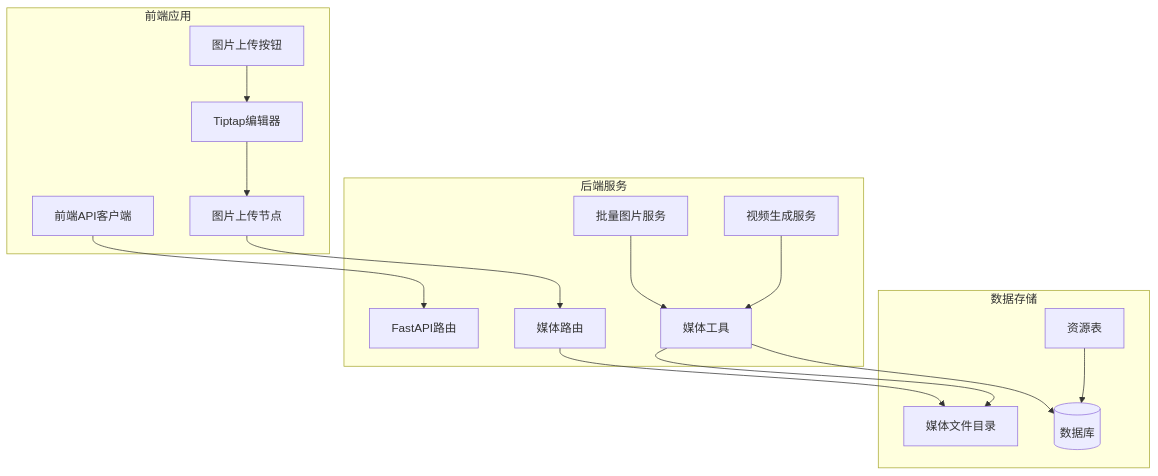
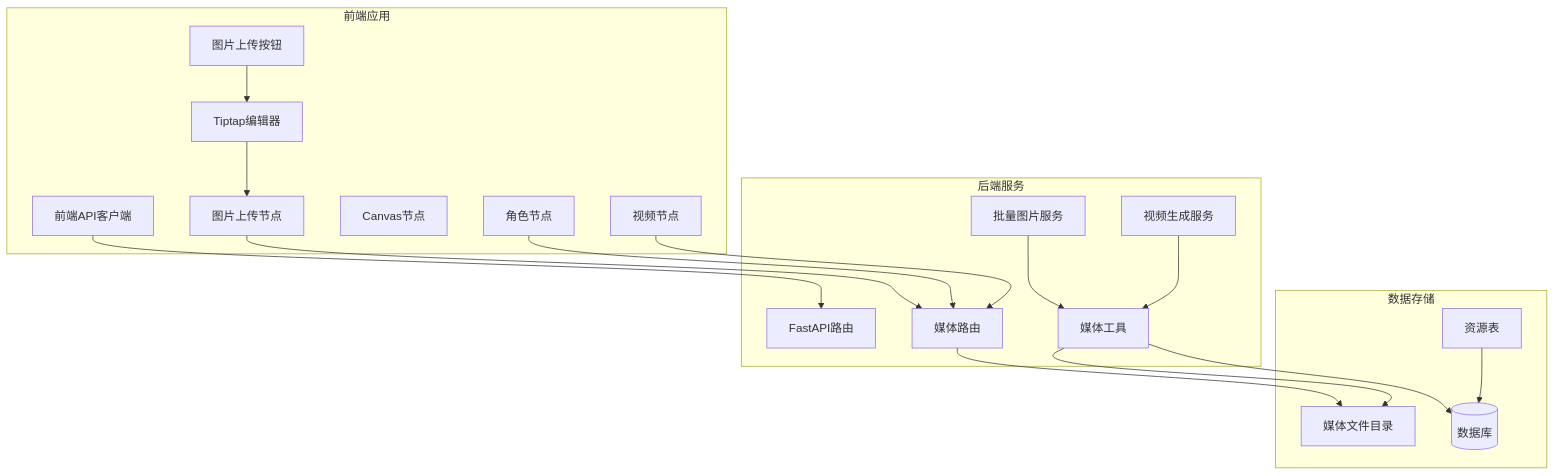
One commit to KunLabAI/KunFlix changed the first of 7 diagrams in .qoder/repowiki/zh/content/Media Upload System.md. Above: the diagram before and after it, drawn with Mermaid. The commit also changed other lines of this file and 39 other files, not shown here.

````diff
--- a/.qoder/repowiki/zh/content/Media Upload System.md
+++ b/.qoder/repowiki/zh/content/Media Upload System.md
@@ -43,31 +56,36 @@
 ```mermaid
 graph TB
 subgraph "前端应用"
 FE_API[前端API客户端]
 TIPTAP[Tiptap编辑器]
 UPLOAD_NODE[图片上传节点]
 UI_BUTTON[图片上传按钮]
+CANVAS_NODES[Canvas节点]
+CHARACTER_NODE[角色节点]
+VIDEO_NODE[视频节点]
 end
 subgraph "后端服务"
 FASTAPI[FastAPI路由]
 MEDIA_ROUTER[媒体路由]
 BATCH_SERVICE[批量图片服务]
 VIDEO_SERVICE[视频生成服务]
 UTILS[媒体工具]
 end
 subgraph "数据存储"
 MEDIA_DIR[媒体文件目录]
 DATABASE[(数据库)]
 ASSET_TABLE[资源表]
 end
 FE_API --> FASTAPI
 TIPTAP --> UPLOAD_NODE
 UI_BUTTON --> TIPTAP
 UPLOAD_NODE --> MEDIA_ROUTER
+CHARACTER_NODE --> MEDIA_ROUTER
+VIDEO_NODE --> MEDIA_ROUTER
 BATCH_SERVICE --> UTILS
 VIDEO_SERVICE --> UTILS
 MEDIA_ROUTER --> MEDIA_DIR
 UTILS --> MEDIA_DIR
 UTILS --> DATABASE
 ASSET_TABLE --> DATABASE
 ```
````
